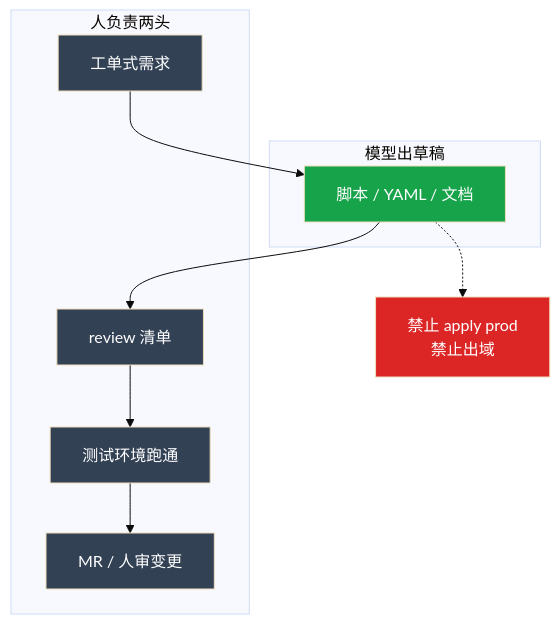
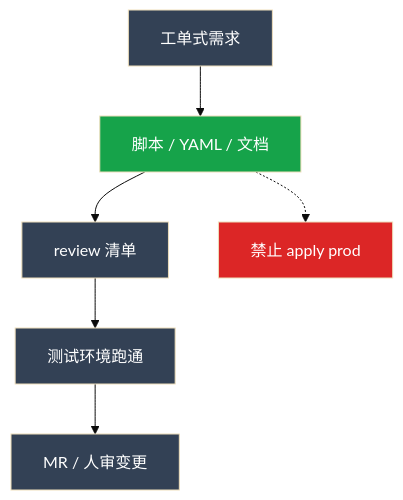
The first of 2 diagrams in 09-AI与智能运维/07-AI工具实战与Vibe-Coding/知识点.md (ml-cuizijun/LearnToLilith), drawn with Mermaid before and after one commit. The commit also changed other lines of this file and 107 other files, not shown here.

````diff
--- a/09-AI与智能运维/07-AI工具实战与Vibe-Coding/知识点.md
+++ b/09-AI与智能运维/07-AI工具实战与Vibe-Coding/知识点.md
@@ -42,22 +77,18 @@
 ```mermaid
 %%{init: {"theme": "base", "flowchart": {"padding": 16}}}%%
 flowchart TB
     classDef human fill:#334155,color:#fff
     classDef tool fill:#2563EB,color:#fff
     classDef out fill:#16A34A,color:#fff
     classDef deny fill:#DC2626,color:#fff
 
-    subgraph human_side ["人负责两头"]
-        SPEC["工单式需求"]:::human
-        REV["review 清单"]:::human
-        TEST["测试环境跑通"]:::human
-        MR["MR / 人审变更"]:::human
-    end
-
-    subgraph ai ["模型出草稿"]
-        DRAFT["脚本 / YAML / 文档"]:::out
-    end
+    SPEC["工单式需求"]:::human
+    DRAFT["脚本 / YAML / 文档"]:::out
+    REV["review 清单"]:::human
+    TEST["测试环境跑通"]:::human
+    MR["MR / 人审变更"]:::human
+    DENY["禁止 apply prod"]:::deny
 
     SPEC --> DRAFT --> REV --> TEST --> MR
-    DRAFT -.-> DENY["禁止 apply prod<br/>禁止出域"]:::deny
+    DRAFT -.-> DENY
 ```
````
